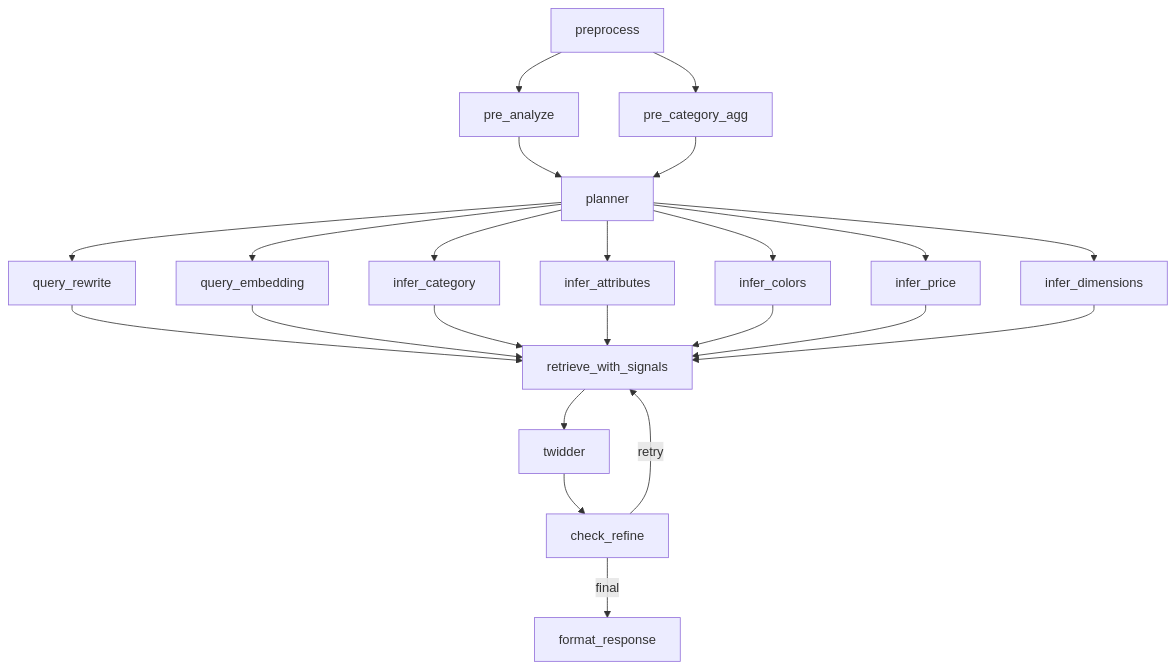
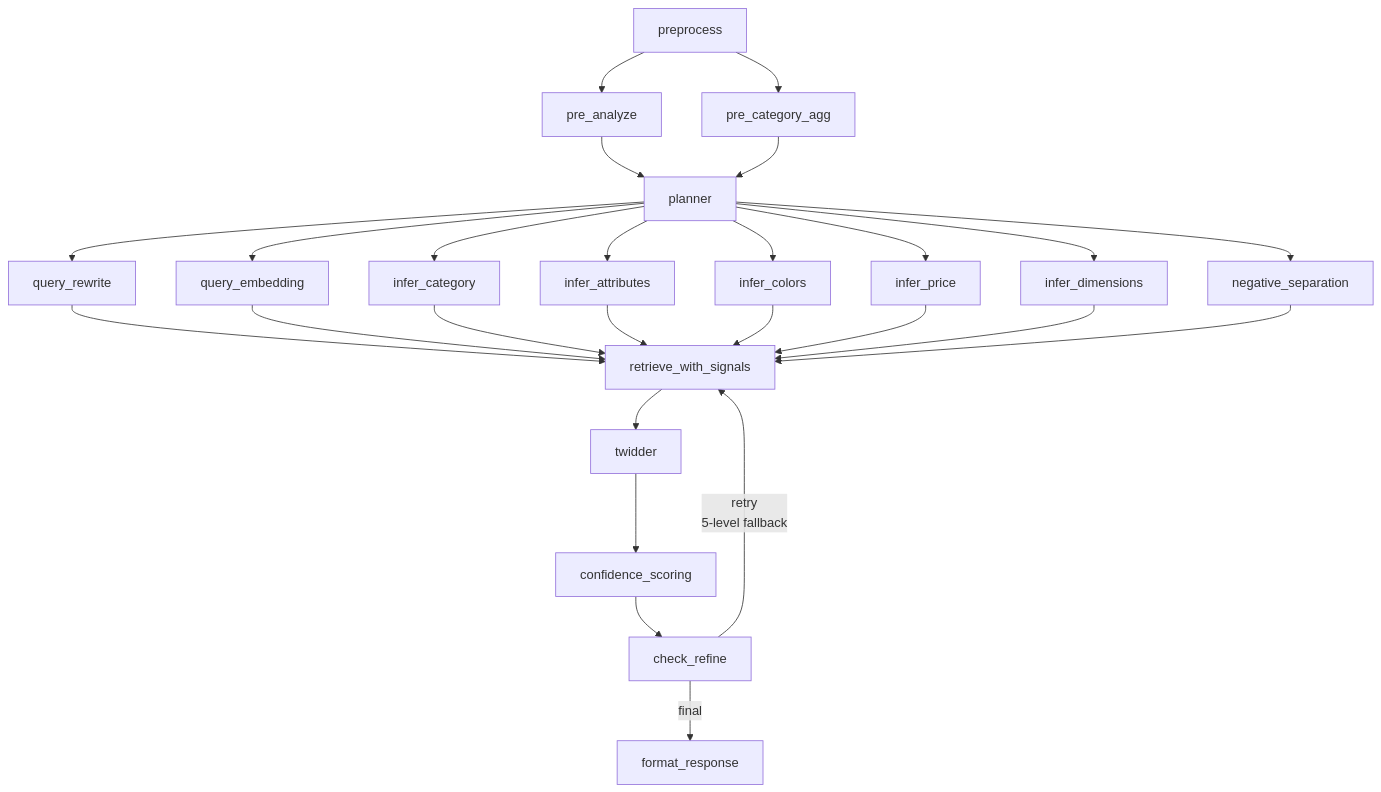
The second of 2 diagrams in jungbaeblog/content/projects/agentic-3d-model-search.md (jungbaepark/blog), drawn with Mermaid before and after one commit. The commit also changed other lines of this file and 2 other files, not shown here.

````diff
--- a/jungbaeblog/content/projects/agentic-3d-model-search.md
+++ b/jungbaeblog/content/projects/agentic-3d-model-search.md
@@ -45,25 +58,28 @@
 ```mermaid
 flowchart TD
     A[preprocess] --> B1[pre_analyze]
     A --> B2[pre_category_agg]
     B1 --> C[planner]
     B2 --> C
     C --> D1[query_rewrite]
     C --> D2[query_embedding]
     C --> D3[infer_category]
     C --> D4[infer_attributes]
     C --> D5[infer_colors]
     C --> D6[infer_price]
     C --> D7[infer_dimensions]
+    C --> D8[negative_separation]
     D1 --> E[retrieve_with_signals]
     D2 --> E
     D3 --> E
     D4 --> E
     D5 --> E
     D6 --> E
     D7 --> E
+    D8 --> E
     E --> F[twidder]
-    F --> G[check_refine]
-    G -->|retry| E
-    G -->|final| H[format_response]
+    F --> G[confidence_scoring]
+    G --> H[check_refine]
+    H -->|retry\n5-level fallback| E
+    H -->|final| I[format_response]
 ```
````
